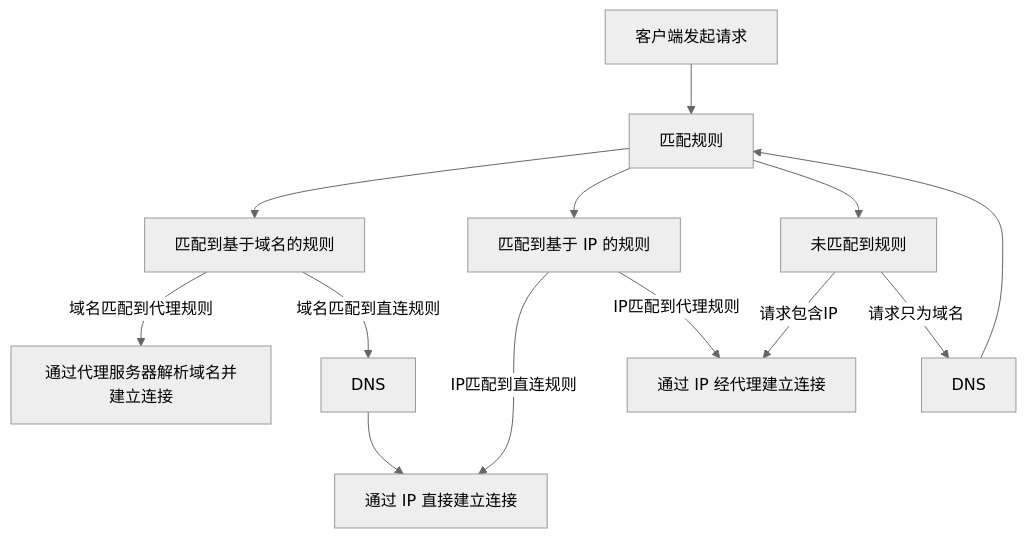
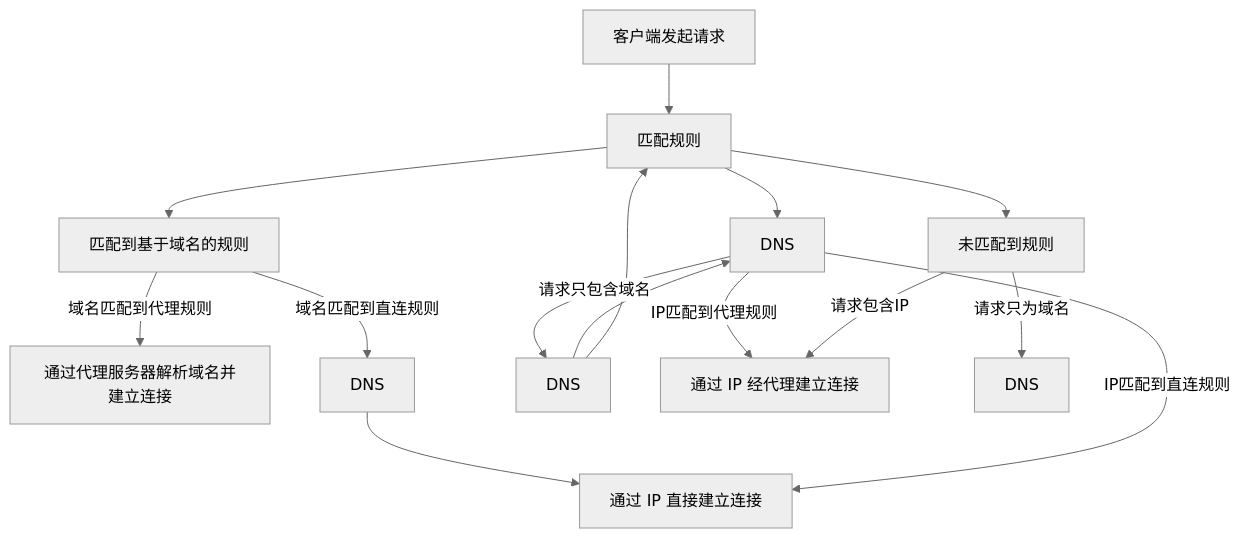
One commit to Jishi0/sub-rule changed the first of 2 diagrams in mihomoDNS解析流程.md. Above: the diagram before and after it, drawn with Mermaid (neutral theme).

````diff
--- a/mihomoDNS解析流程.md
+++ b/mihomoDNS解析流程.md
@@ -2,19 +2,21 @@
 ```mermaid
 flowchart TD
   Start[客户端发起请求] --> rule[匹配规则]
   rule --> Domain[匹配到基于域名的规则]
   rule --> IP[匹配到基于 IP 的规则]
   rule --> null[未匹配到规则]
 
   Domain --> |域名匹配到代理规则|Remote[通过代理服务器解析域名并建立连接]
   Domain --> |域名匹配到直连规则|DNS1[DNS]
   DNS1 --> Direct[通过 IP 直接建立连接]
 
+  IP --> |请求只包含域名|DNS2[DNS]
+  DNS2 --> IP[DNS]
   IP --> |IP匹配到直连规则|Direct
   IP --> |IP匹配到代理规则|Proxy[通过 IP 经代理建立连接]
 
   null --> |请求包含IP|Proxy
-  null --> |请求只为域名|DNS2[DNS]
+  null --> |请求只为域名|DNS3[DNS]
   DNS2 --> rule
 
 ```
````
